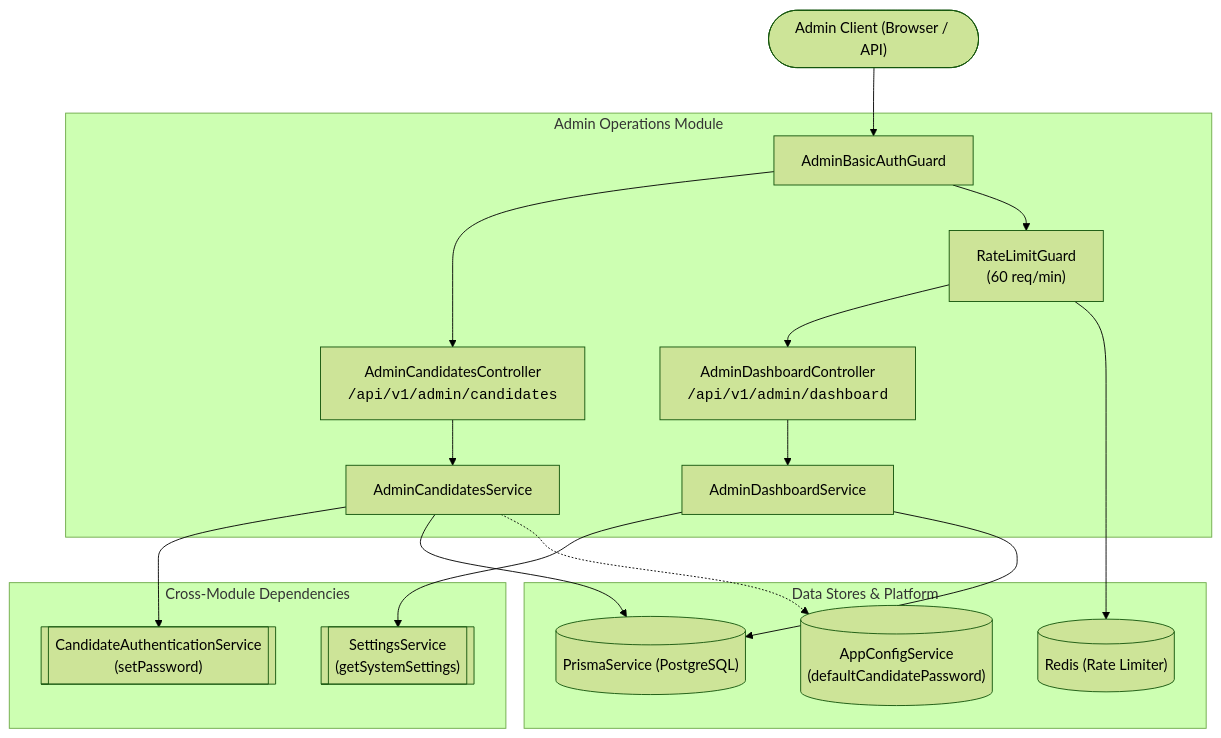
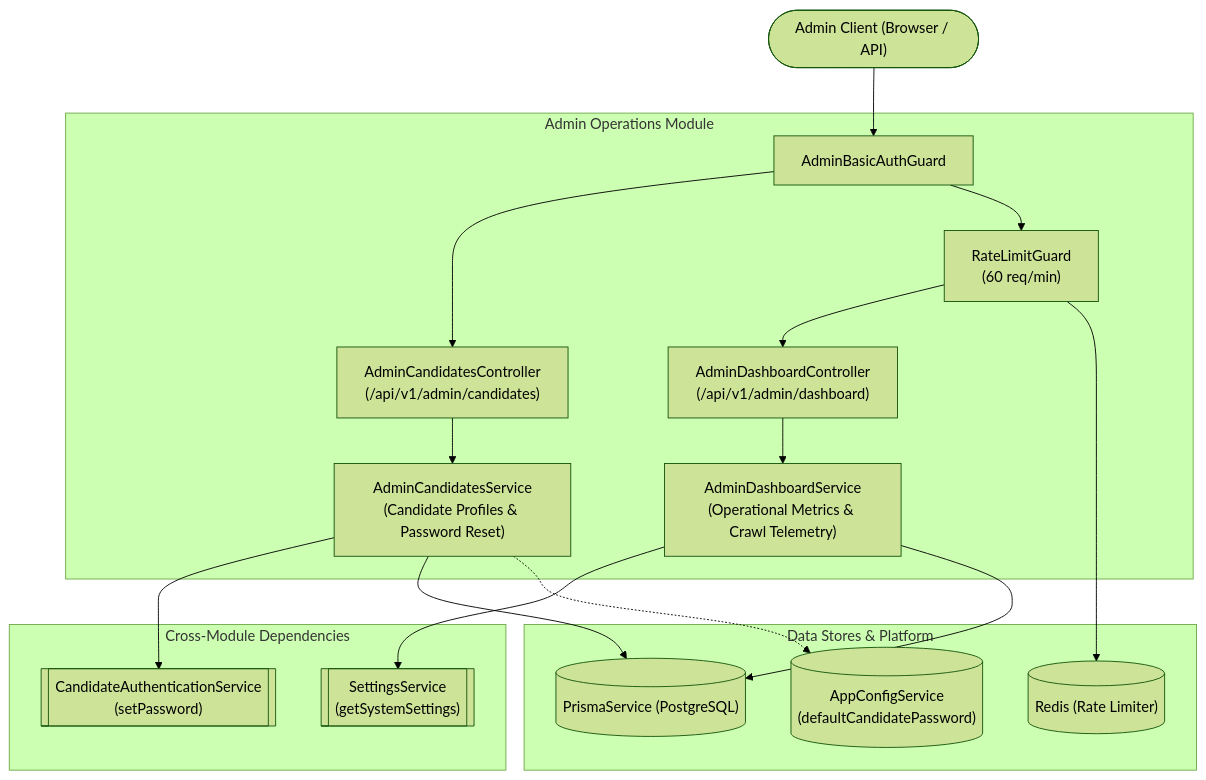
The first of 4 diagrams in backend/src/features/admin-operations/README.md (MohammadSheakh/job-intelligence), drawn with Mermaid (forest theme) before and after one commit. The commit also changed other lines of this file and 19 other files, not shown here.

First line of the commit message:
docs(architecture): add technical diagram specs and enhance feature READMEs

````diff
--- a/backend/src/features/admin-operations/README.md
+++ b/backend/src/features/admin-operations/README.md
@@ -10,25 +10,25 @@
 ```mermaid
 flowchart TD
     AdminClient(["Admin Client (Browser / API)"]) --> Guard["AdminBasicAuthGuard"]
     
     subgraph AdminOperationsModule ["Admin Operations Module"]
-        Guard --> CandidatesCtrl["AdminCandidatesController<br/><code>/api/v1/admin/candidates</code>"]
+        Guard --> CandidatesCtrl["AdminCandidatesController<br/>(/api/v1/admin/candidates)"]
         Guard --> DashRateLimit["RateLimitGuard<br/>(60 req/min)"]
-        DashRateLimit --> DashboardCtrl["AdminDashboardController<br/><code>/api/v1/admin/dashboard</code>"]
+        DashRateLimit --> DashboardCtrl["AdminDashboardController<br/>(/api/v1/admin/dashboard)"]
         
-        CandidatesCtrl --> CandidatesSvc["AdminCandidatesService"]
-        DashboardCtrl --> DashboardSvc["AdminDashboardService"]
+        CandidatesCtrl --> CandidatesSvc["AdminCandidatesService<br/>(Candidate Profiles & Password Reset)"]
+        DashboardCtrl --> DashboardSvc["AdminDashboardService<br/>(Operational Metrics & Crawl Telemetry)"]
     end
     
     subgraph ExternalModules ["Cross-Module Dependencies"]
         CandidatesSvc --> AuthSvc[["CandidateAuthenticationService<br/>(setPassword)"]]
         DashboardSvc --> SettingsSvc[["SettingsService<br/>(getSystemSettings)"]]
     end
 
     subgraph DataStorage ["Data Stores & Platform"]
         CandidatesSvc --> Prisma[("PrismaService (PostgreSQL)")]
         DashboardSvc --> Prisma
         DashRateLimit --> Redis[("Redis (Rate Limiter)")]
         CandidatesSvc -.-> AppConfig[("AppConfigService<br/>(defaultCandidatePassword)")]
     end
 ```
````
